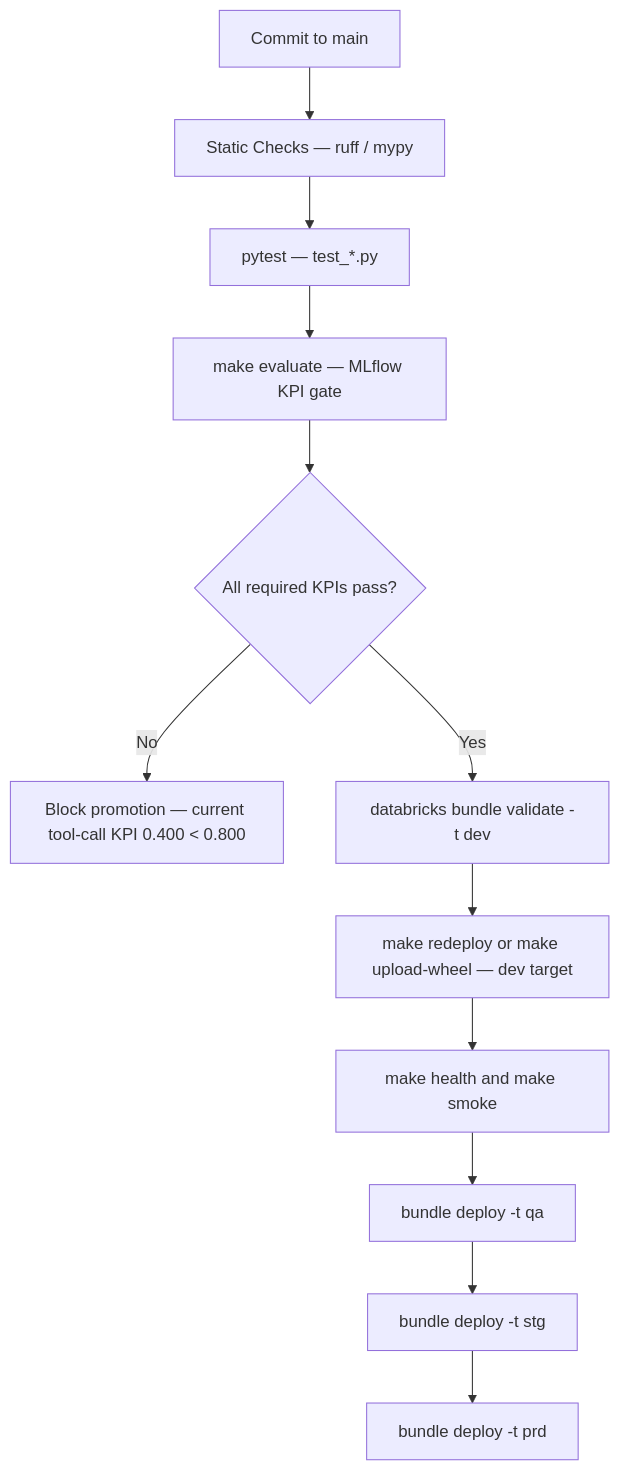
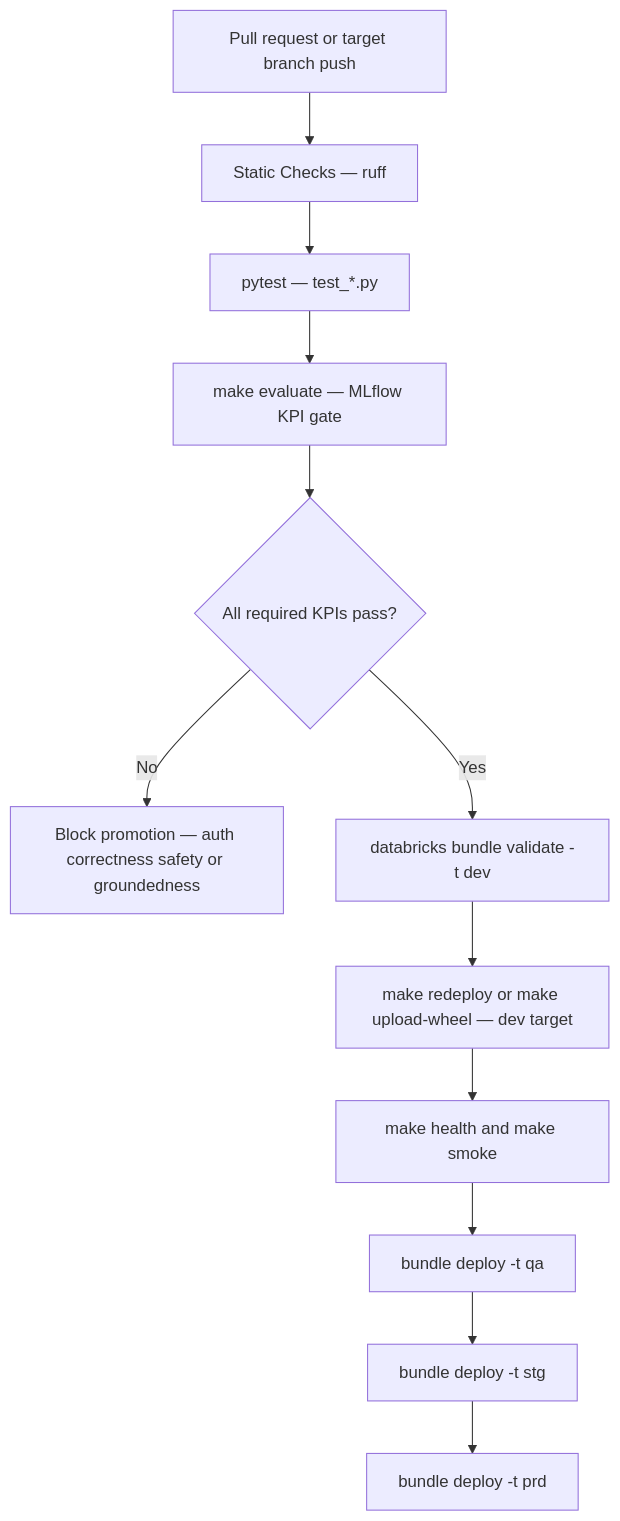
One commit to wchen-dea/Governed-Multi-Agent-Intelligence-on-Databricks changed the second of 5 diagrams in docs/architecture/design-artifacts/06-deployment-detailed.md. Above: the diagram before and after it, drawn with Mermaid. The commit also changed other lines of this file and 114 other files, not shown here.

````diff
--- a/docs/architecture/design-artifacts/06-deployment-detailed.md
+++ b/docs/architecture/design-artifacts/06-deployment-detailed.md
@@ -31,14 +31,14 @@
 ```mermaid
 flowchart TD
-    Commit[Commit to main] --> Lint[Static Checks — ruff / mypy]
+    Commit[Pull request or target branch push] --> Lint[Static Checks — ruff]
     Lint --> Unit[pytest — test_*.py]
     Unit --> Eval[make evaluate — MLflow KPI gate]
     Eval --> Decision{All required KPIs pass?}
-    Decision -- No --> Block[Block promotion — current tool-call KPI 0.400 < 0.800]
+    Decision -- No --> Block[Block promotion — auth correctness safety or groundedness]
     Decision -- Yes --> Validate[databricks bundle validate -t dev]
     Validate --> DeployDev[make redeploy or make upload-wheel — dev target]
     DeployDev --> Smoke[make health and make smoke]
     Smoke --> DeployQA[bundle deploy -t qa]
     DeployQA --> DeployStg[bundle deploy -t stg]
     DeployStg --> DeployProd[bundle deploy -t prd]
 ```
````
